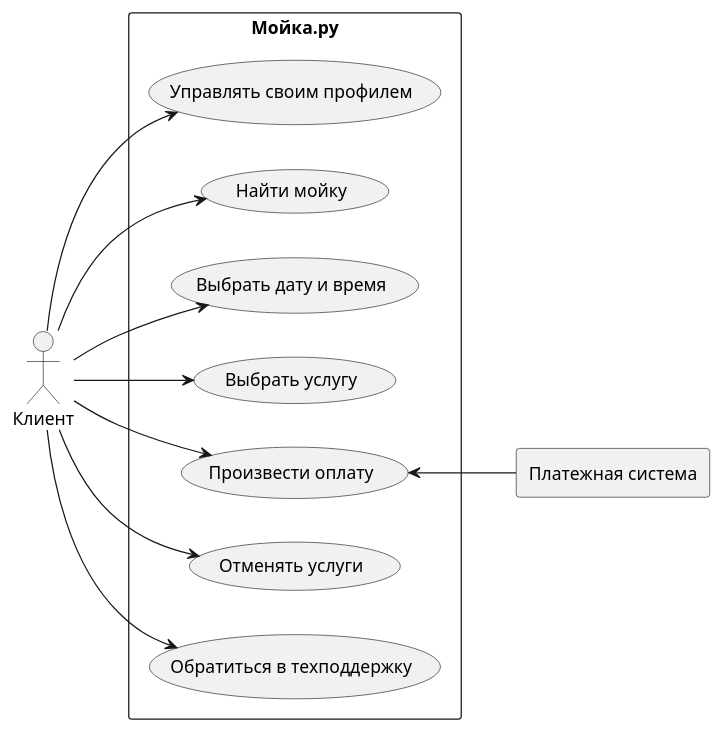
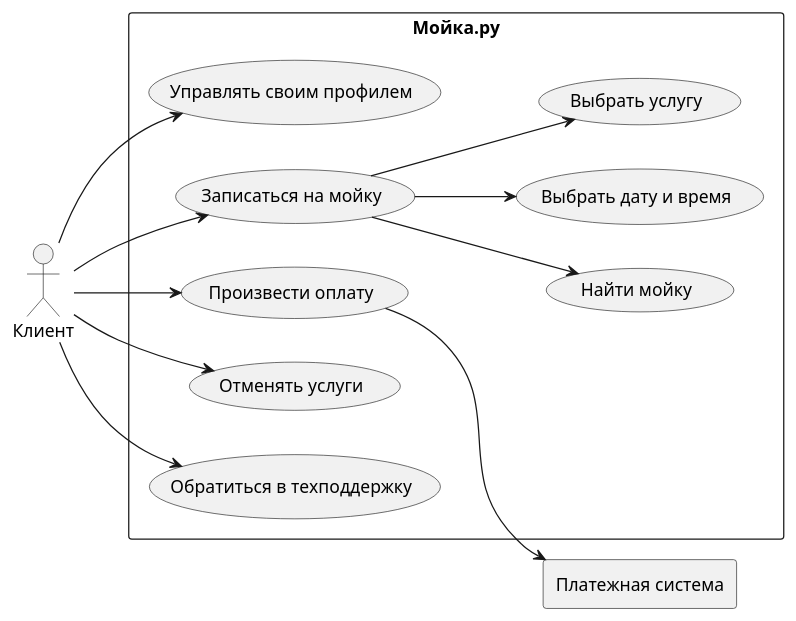
One commit to shandro0/Car-wash changed the diagram in README.md. Above: the diagram before and after it, drawn with PlantUML. The commit also changed other lines of this file, not shown here.

````diff
--- a/README.md
+++ b/README.md
@@ -22,29 +23,32 @@
 ```plantuml
+
 
 @startuml
 left to right direction
 actor "Клиент" as client
 rectangle "Платежная система" as ps
 rectangle  Мойка.ру  {
   usecase "Управлять своим профилем" as UC1
-  usecase "Найти мойку" as UC2
-  usecase "Выбрать дату и время" as UC3
-  usecase "Выбрать услугу" as UC4
-  usecase "Произвести оплату" as UC5
-  usecase "Отменять услуги" as UC6
-  usecase "Обратиться в техподдержку" as UC7
+  usecase "Записаться на мойку" as UC2
+  usecase "Найти мойку" as UC2.1
+  usecase "Выбрать дату и время" as UC2.2
+  usecase "Выбрать услугу" as UC2.3
+  usecase "Произвести оплату" as UC3
+  usecase "Отменять услуги" as UC4
+  usecase "Обратиться в техподдержку" as UC5
+  
 }
 client --> UC1
 client --> UC2
+UC2 --> UC2.1
+UC2 --> UC2.2
+UC2 --> UC2.3
 client --> UC3
 client --> UC4
 client --> UC5
-client --> UC6
-client --> UC7
-UC5 <-- ps
 
+UC3 --> ps
 
 @enduml
 
-
 ```
````
